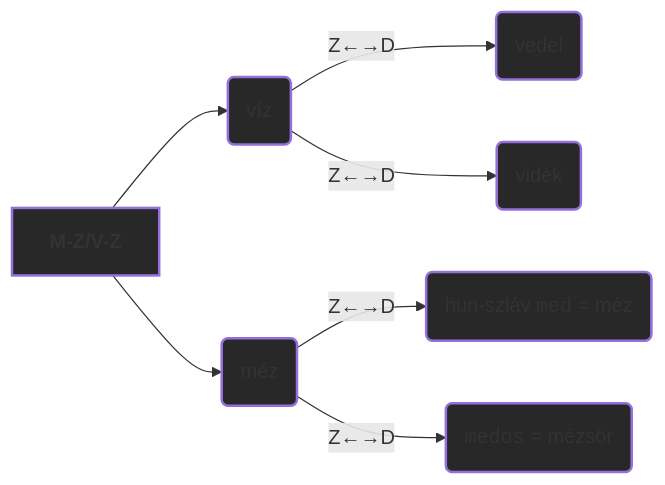
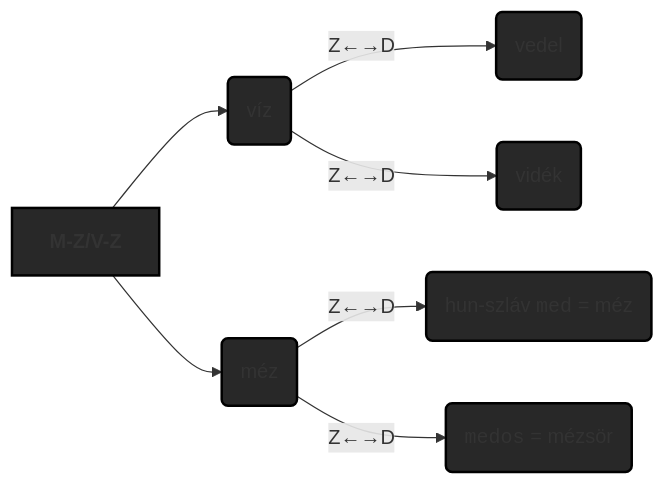
One commit to zanodor/TUDDASSTTARR changed the third of 4 diagrams in src/site/notes/B/Balk.md. Above: the diagram before and after it, drawn with Mermaid. The commit also changed other lines of this file, not shown here.

````diff
--- a/src/site/notes/B/Balk.md
+++ b/src/site/notes/B/Balk.md
@@ -53,19 +71,19 @@
 ```mermaid
 flowchart LR
 
 	head[<b>M-Z/V-Z</b>]
 	lvl2_a("víz")
 	lvl2_b("méz")
 	lvl3_a("vedel")
 	lvl3_b("vidék")
 	lvl3_c("hun-szláv <code>med</code> = méz")
 	lvl3_d("<code>medos</code> = mézsör")
 
 	head --> lvl2_a & lvl2_b
 	lvl2_a -- "Z←→D" -->  lvl3_a & lvl3_b
 	lvl2_b -- "Z←→D" -->  lvl3_c & lvl3_d
 
-	classDef fillStyle fill:#282828,stroke-width:2px,stroke-dasharray: 0;
+	classDef fillStyle fill:#282828,stroke:#000000,stroke-width:2px,stroke-dasharray: 0;
 	class head,lvl2_a,lvl2_b,lvl3_a,lvl3_b,lvl3_c,lvl3_d fillStyle;
 	class lvl2_a,lvl2_b,lvl3_a,lvl3_b internal-link;
 ```
````
